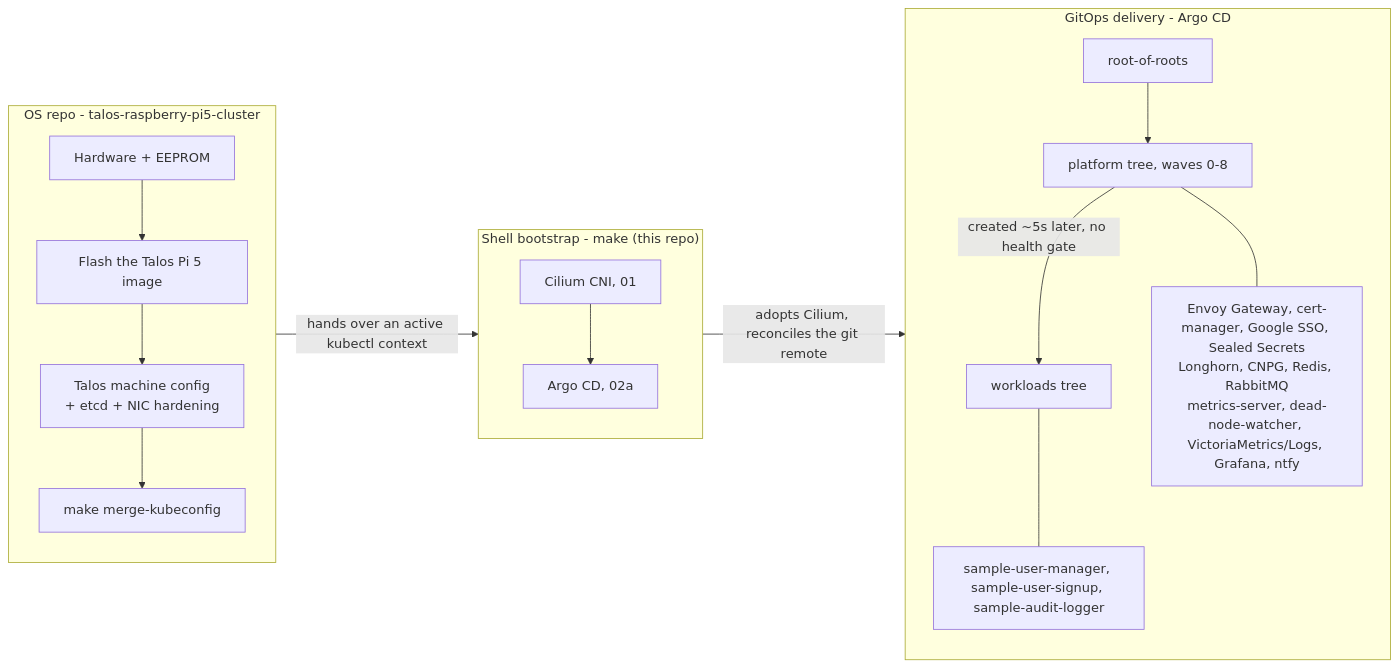
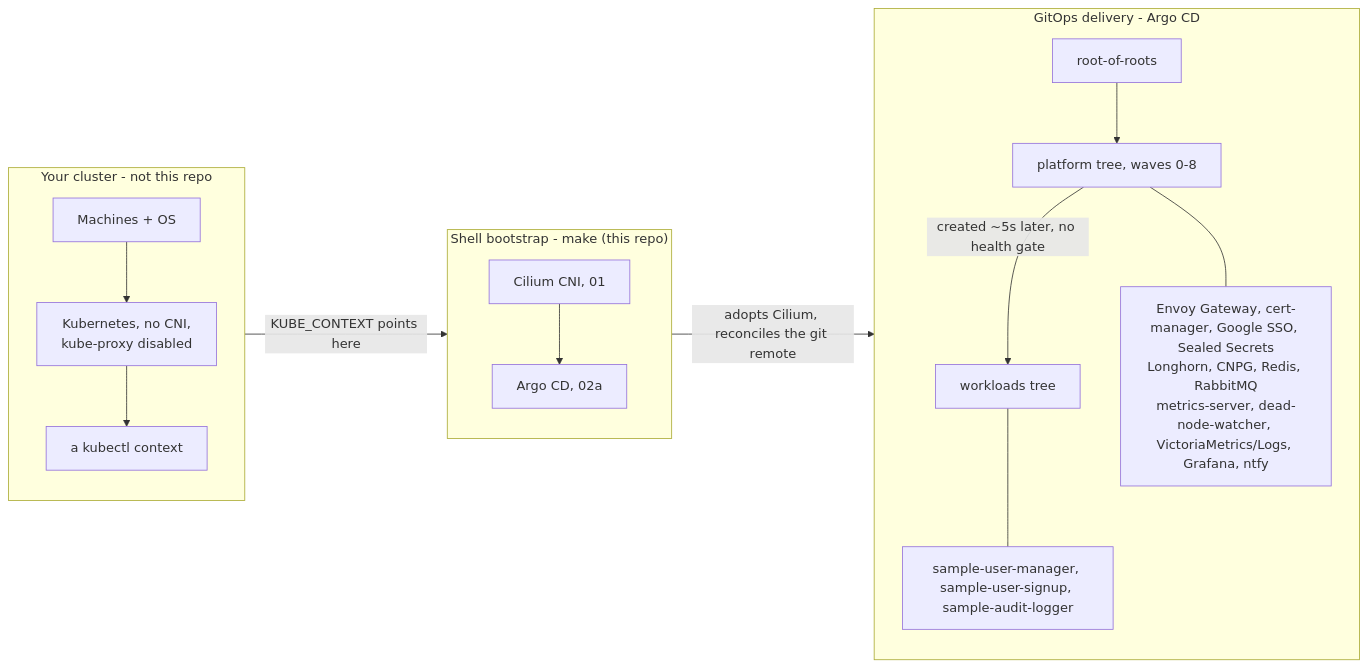
One commit to yama6a/offgrid changed the diagram in README.md. Above: the diagram before and after it, drawn with Mermaid. The commit also changed other lines of this file and 59 other files, not shown here.

````diff
--- a/README.md
+++ b/README.md
@@ -101,22 +140,21 @@
 ```mermaid
 flowchart LR
-    subgraph os["OS repo - talos-raspberry-pi5-cluster"]
+    subgraph os["Your cluster - not this repo"]
         direction TB
-        HW["Hardware + EEPROM"] --> IMG["Flash the Talos Pi 5 image"]
-        IMG --> TAL["Talos machine config<br/>+ etcd + NIC hardening"]
-        TAL --> KC["make merge-kubeconfig"]
+        HW["Machines + OS"] --> TAL["Kubernetes, no CNI,<br/>kube-proxy disabled"]
+        TAL --> KC["a kubectl context"]
     end
-    KC -->|" hands over an active kubectl context "| CIL
+    KC -->|" KUBE_CONTEXT points here "| CIL
     subgraph imp["Shell bootstrap - make (this repo)"]
         direction TB
         CIL["Cilium CNI, 01"] --> ARGO["Argo CD, 02a"]
     end
     ARGO -->|" adopts Cilium, reconciles the git remote "| ROOT["root-of-roots"]
     subgraph gitops["GitOps delivery - Argo CD"]
         direction TB
         ROOT --> PLAT["platform tree, waves 0-8"]
         PLAT -->|" created ~5s later, no health gate "| WORK["workloads tree"]
         PLAT --- PC["Envoy Gateway, cert-manager, Google SSO, Sealed Secrets<br/>Longhorn, CNPG, Redis, RabbitMQ<br/>metrics-server, dead-node-watcher, VictoriaMetrics/Logs, Grafana, ntfy"]
         WORK --- WC["sample-user-manager, sample-user-signup, sample-audit-logger"]
     end
 ```
````
